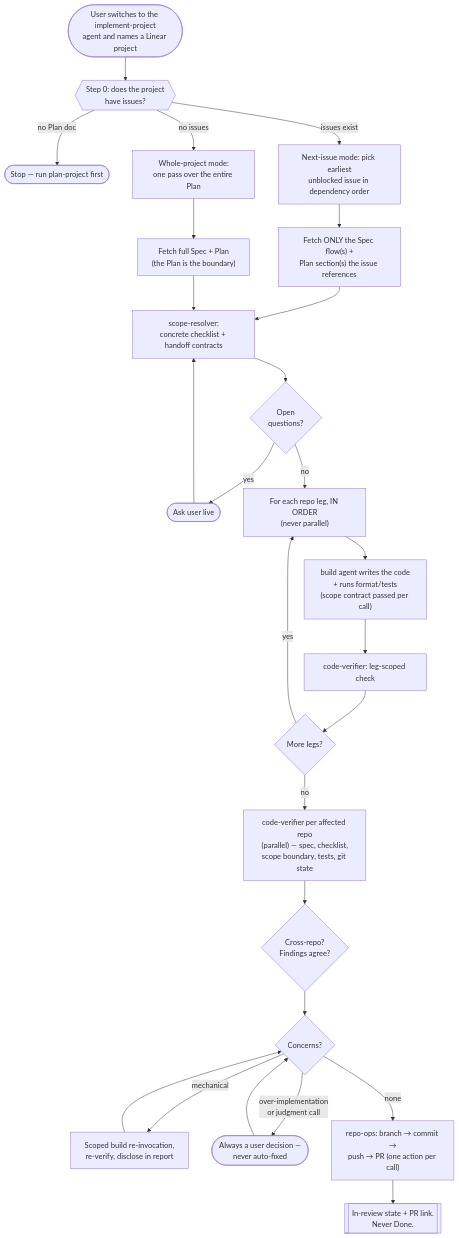
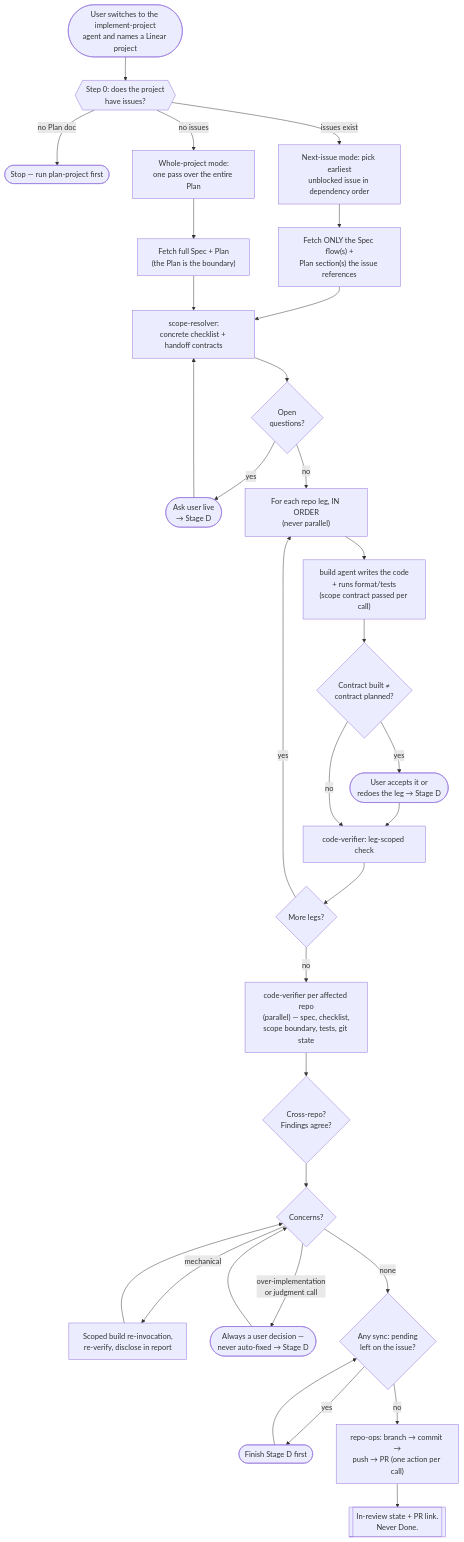
Before and after one commit to eventincgroup/pooya-workspace: the third of 4 diagrams in .opencode/README.md, drawn with Mermaid. The commit also changed other lines of this file and 12 other files, not shown here.

````diff
--- a/.opencode/README.md
+++ b/.opencode/README.md
@@ -106,33 +113,39 @@
 ```mermaid
 flowchart TD
     Start(["User switches to the implement-project<br/>agent and names a Linear project"]) --> Step0{{"Step 0: does the project<br/>have issues?"}}
 
     Step0 -->|"no Plan doc"| Stop(["Stop — run plan-project first"])
     Step0 -->|"issues exist"| Next["Next-issue mode: pick earliest<br/>unblocked issue in dependency order"]
     Step0 -->|"no issues"| Whole["Whole-project mode:<br/>one pass over the entire Plan"]
 
     Next --> Excerpt["Fetch ONLY the Spec flow(s) +<br/>Plan section(s) the issue references"]
     Whole --> Full["Fetch full Spec + Plan<br/>(the Plan is the boundary)"]
 
     Excerpt --> SR["scope-resolver:<br/>concrete checklist + handoff contracts"]
     Full --> SR
     SR --> Q1{"Open<br/>questions?"}
-    Q1 -->|yes| Ask1(["Ask user live"])
+    Q1 -->|yes| Ask1(["Ask user live<br/>→ Stage D"])
     Ask1 --> SR
 
     Q1 -->|no| Legs["For each repo leg, IN ORDER<br/>(never parallel)"]
     Legs --> Build["build agent writes the code<br/>+ runs format/tests<br/>(scope contract passed per call)"]
-    Build --> LegV["code-verifier: leg-scoped check"]
+    Build --> Dev{"Contract built ≠<br/>contract planned?"}
+    Dev -->|yes| AskDev(["User accepts it or<br/>redoes the leg → Stage D"])
+    AskDev --> LegV
+    Dev -->|no| LegV["code-verifier: leg-scoped check"]
     LegV --> MoreLegs{"More legs?"}
     MoreLegs -->|yes| Legs
     MoreLegs -->|no| FinalV["code-verifier per affected repo<br/>(parallel) — spec, checklist,<br/>scope boundary, tests, git state"]
 
     FinalV --> Recon{"Cross-repo?<br/>Findings agree?"}
     Recon --> Concerns{"Concerns?"}
     Concerns -->|"mechanical"| AutoFix["Scoped build re-invocation,<br/>re-verify, disclose in report"]
     AutoFix --> Concerns
-    Concerns -->|"over-implementation<br/>or judgment call"| Decide(["Always a user decision —<br/>never auto-fixed"])
+    Concerns -->|"over-implementation<br/>or judgment call"| Decide(["Always a user decision —<br/>never auto-fixed → Stage D"])
     Decide --> Concerns
-    Concerns -->|none| Land["repo-ops: branch → commit →<br/>push → PR (one action per call)"]
+    Concerns -->|none| Gate{"Any sync: pending<br/>left on the issue?"}
+    Gate -->|yes| StageD(["Finish Stage D first"])
+    StageD --> Gate
+    Gate -->|no| Land["repo-ops: branch → commit →<br/>push → PR (one action per call)"]
     Land --> Report[["In-review state + PR link.<br/>Never Done."]]
 ```
````
